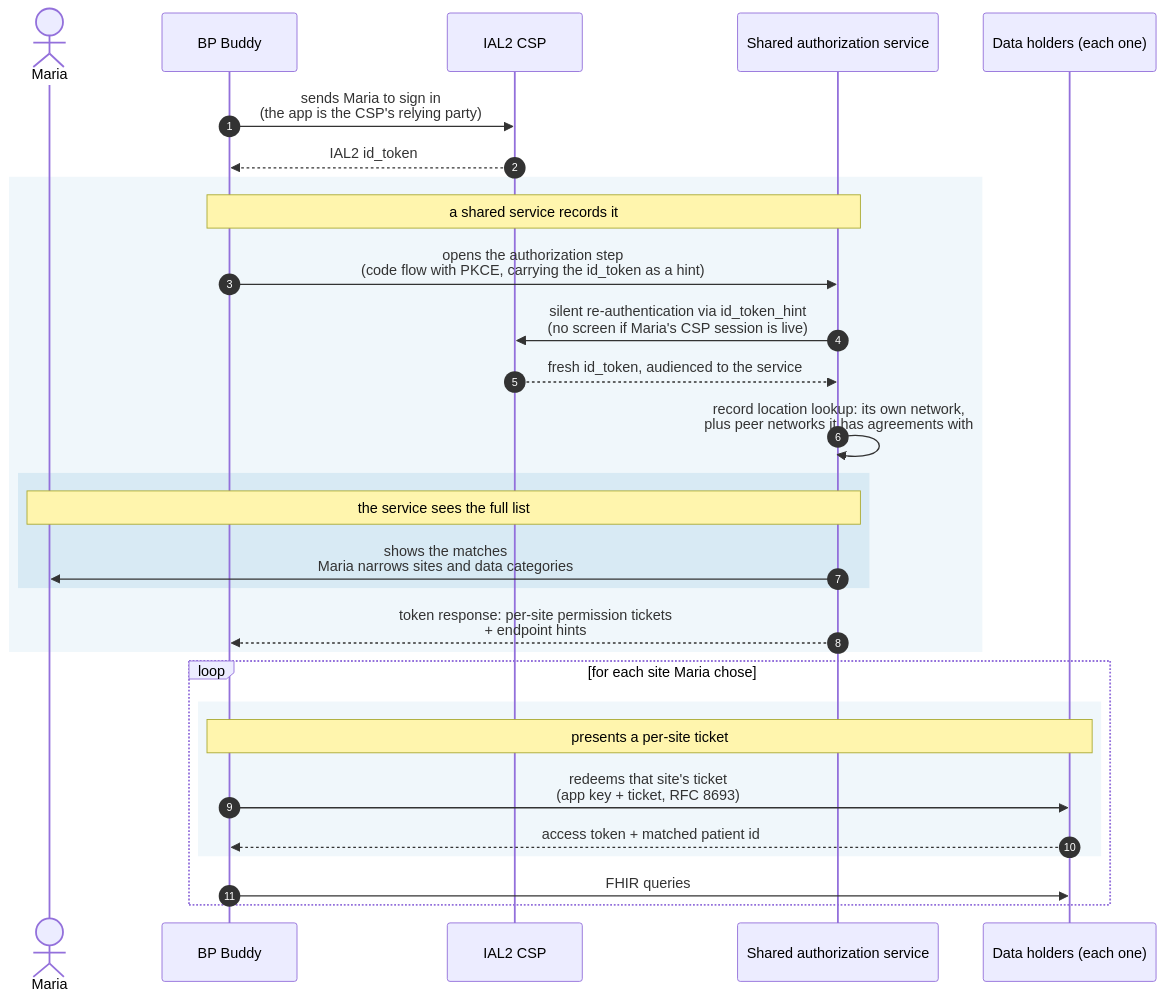
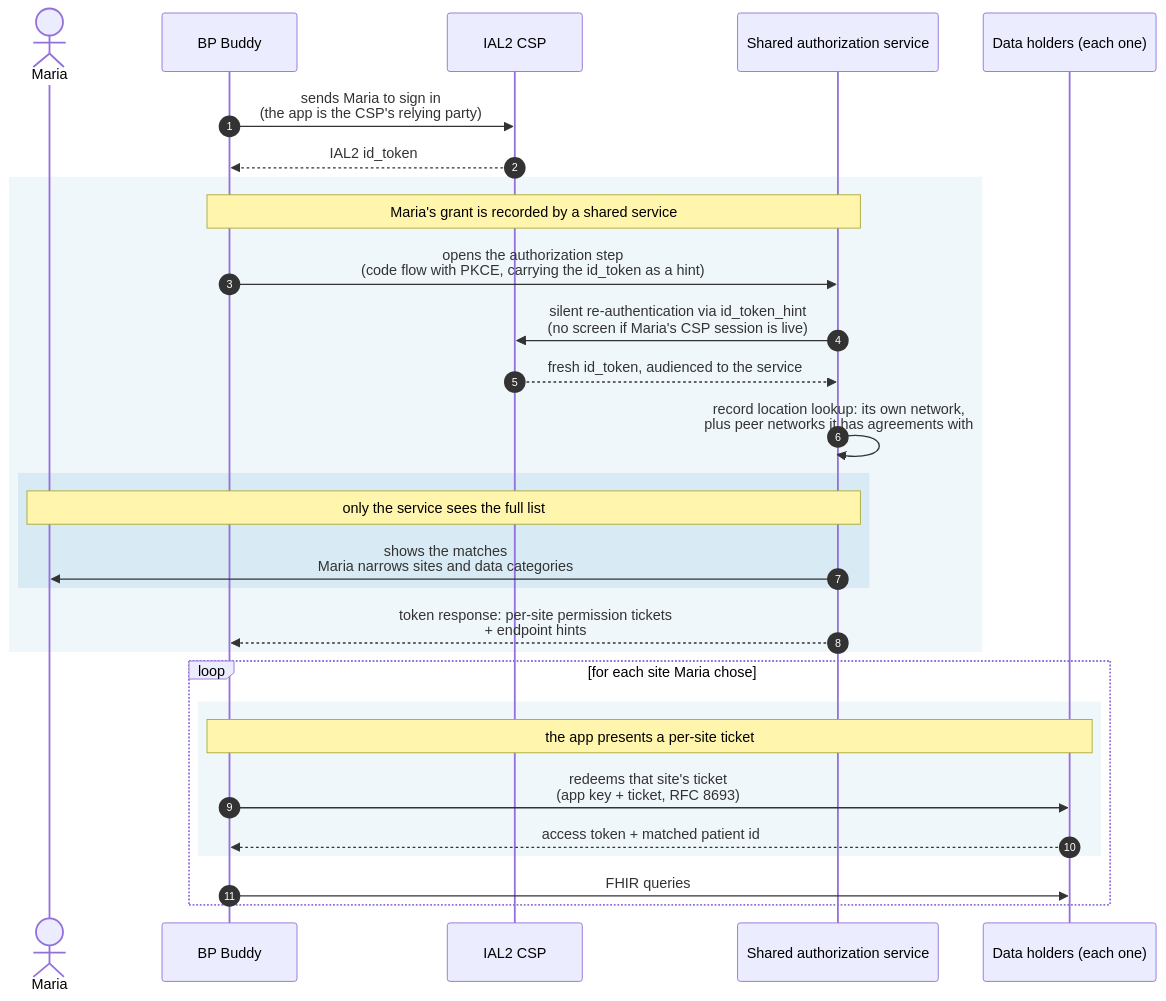
The fourth of 7 diagrams in authorizing-access.md (jmandel/cms-ns), drawn with Mermaid before and after one commit. The commit also changed other lines of this file and 4 other files, not shown here.

First line of the commit message:
Vertical figure: active voice, parallel roles, plain fork prose

````diff
--- a/authorizing-access.md
+++ b/authorizing-access.md
@@ -118,32 +118,32 @@
 ```mermaid
 sequenceDiagram
     autonumber
     actor Maria
     participant App as BP Buddy
     participant CSP as IAL2 CSP
     participant SAS as Shared authorization service
     participant DH as Data holders (each one)
 
     App->>CSP: sends Maria to sign in<br/>(the app is the CSP's relying party)
     CSP-->>App: IAL2 id_token
     rect rgba(0, 114, 178, 0.06)
-        Note over App,SAS: a shared service records it
+        Note over App,SAS: Maria's grant is recorded by a shared service
         App->>SAS: opens the authorization step<br/>(code flow with PKCE, carrying the id_token as a hint)
         SAS->>CSP: silent re-authentication via id_token_hint<br/>(no screen if Maria's CSP session is live)
         CSP-->>SAS: fresh id_token, audienced to the service
         SAS->>SAS: record location lookup: its own network,<br/>plus peer networks it has agreements with
         rect rgba(0, 114, 178, 0.10)
-            Note over Maria,SAS: the service sees the full list
+            Note over Maria,SAS: only the service sees the full list
             SAS->>Maria: shows the matches<br/>Maria narrows sites and data categories
         end
         SAS-->>App: token response: per-site permission tickets<br/>+ endpoint hints
     end
     loop for each site Maria chose
         rect rgba(0, 114, 178, 0.06)
-            Note over App,DH: presents a per-site ticket
+            Note over App,DH: the app presents a per-site ticket
             App->>DH: redeems that site's ticket<br/>(app key + ticket, RFC 8693)
             DH-->>App: access token + matched patient id
         end
         App->>DH: FHIR queries
     end
 ```
````
